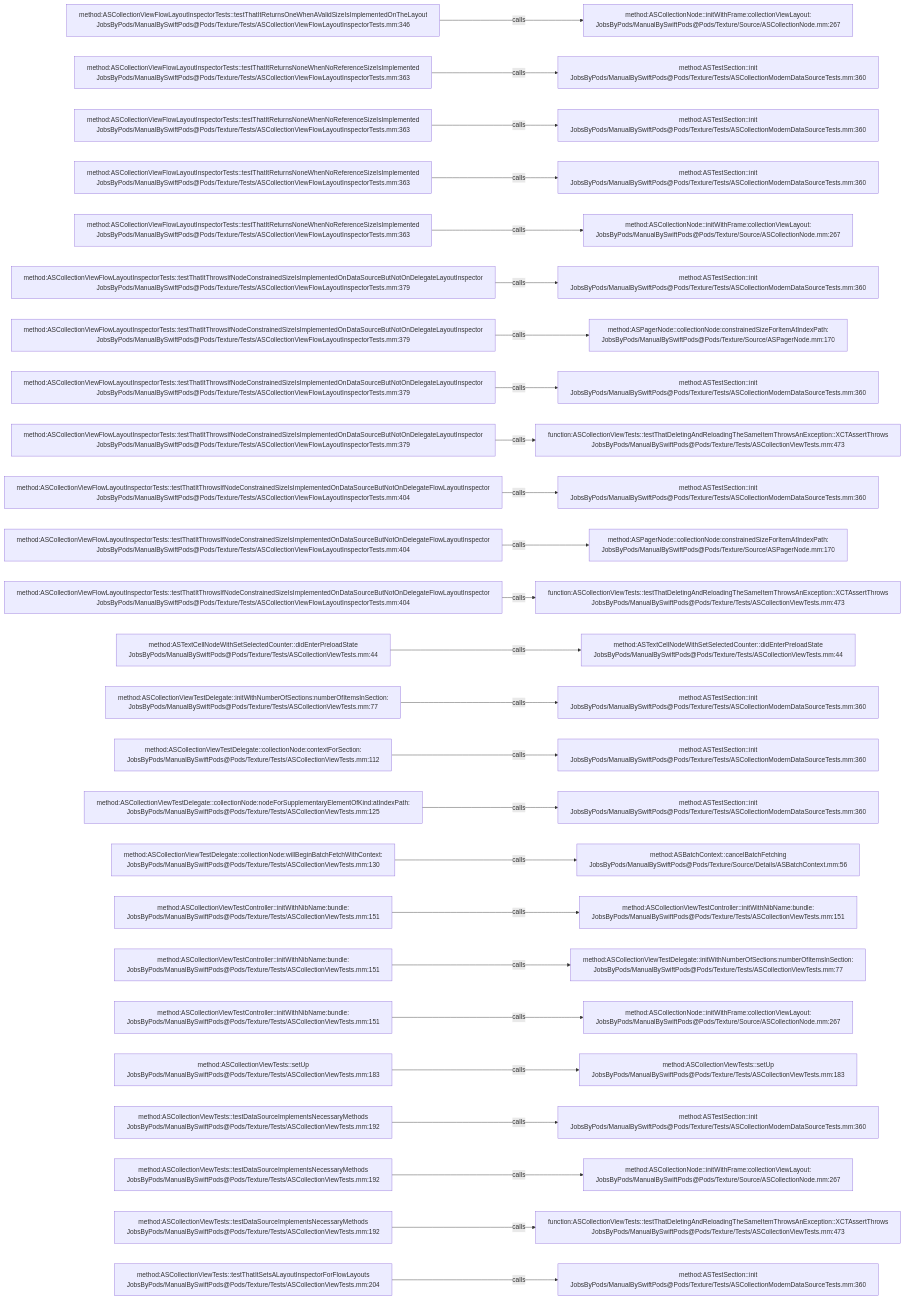
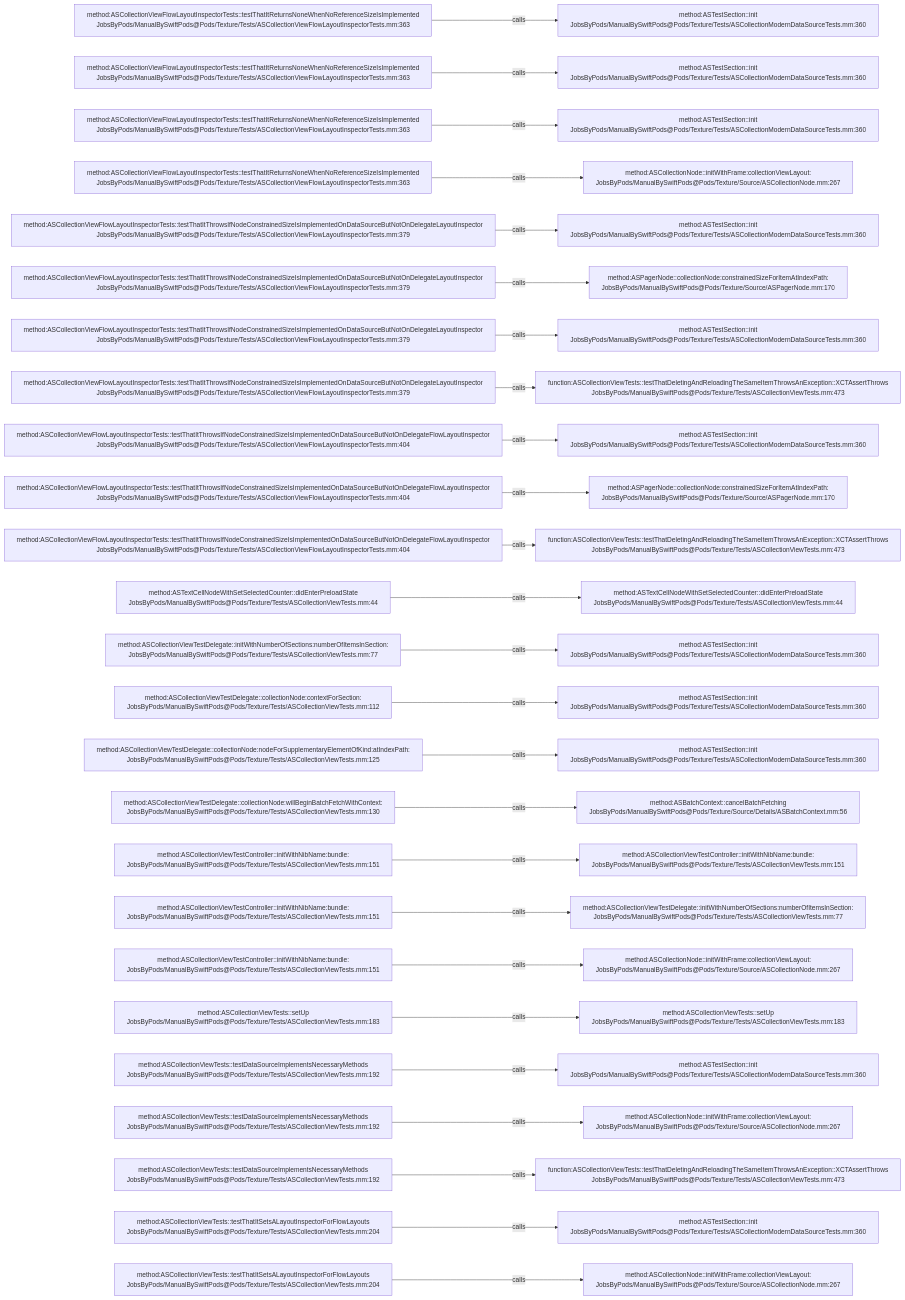
Before and after one commit to JobsKits/JobsSwiftBaseConfigDemo: the diagram in .codegraph/codegraph.md/graphs/calls-170.md, drawn with Mermaid. The commit also changed 747 other files, not shown here.

````diff
--- a/.codegraph/codegraph.md/graphs/calls-170.md
+++ b/.codegraph/codegraph.md/graphs/calls-170.md
@@ -13,78 +13,78 @@
 ```mermaid
 flowchart LR
-  S1["method:ASCollectionViewFlowLayoutInspectorTests::testThatItReturnsOneWhenAValidSizeIsImplementedOnTheLayout<br/>JobsByPods/ManualBySwiftPods@Pods/Texture/Tests/ASCollectionViewFlowLayoutInspectorTests.mm:346"]
-  T1["method:ASCollectionNode::initWithFrame:collectionViewLayout:<br/>JobsByPods/ManualBySwiftPods@Pods/Texture/Source/ASCollectionNode.mm:267"]
+  S1["method:ASCollectionViewFlowLayoutInspectorTests::testThatItReturnsNoneWhenNoReferenceSizeIsImplemented<br/>JobsByPods/ManualBySwiftPods@Pods/Texture/Tests/ASCollectionViewFlowLayoutInspectorTests.mm:363"]
+  T1["method:ASTestSection::init<br/>JobsByPods/ManualBySwiftPods@Pods/Texture/Tests/ASCollectionModernDataSourceTests.mm:360"]
   S1 -->|calls| T1
   S2["method:ASCollectionViewFlowLayoutInspectorTests::testThatItReturnsNoneWhenNoReferenceSizeIsImplemented<br/>JobsByPods/ManualBySwiftPods@Pods/Texture/Tests/ASCollectionViewFlowLayoutInspectorTests.mm:363"]
   T2["method:ASTestSection::init<br/>JobsByPods/ManualBySwiftPods@Pods/Texture/Tests/ASCollectionModernDataSourceTests.mm:360"]
   S2 -->|calls| T2
   S3["method:ASCollectionViewFlowLayoutInspectorTests::testThatItReturnsNoneWhenNoReferenceSizeIsImplemented<br/>JobsByPods/ManualBySwiftPods@Pods/Texture/Tests/ASCollectionViewFlowLayoutInspectorTests.mm:363"]
   T3["method:ASTestSection::init<br/>JobsByPods/ManualBySwiftPods@Pods/Texture/Tests/ASCollectionModernDataSourceTests.mm:360"]
   S3 -->|calls| T3
   S4["method:ASCollectionViewFlowLayoutInspectorTests::testThatItReturnsNoneWhenNoReferenceSizeIsImplemented<br/>JobsByPods/ManualBySwiftPods@Pods/Texture/Tests/ASCollectionViewFlowLayoutInspectorTests.mm:363"]
-  T4["method:ASTestSection::init<br/>JobsByPods/ManualBySwiftPods@Pods/Texture/Tests/ASCollectionModernDataSourceTests.mm:360"]
+  T4["method:ASCollectionNode::initWithFrame:collectionViewLayout:<br/>JobsByPods/ManualBySwiftPods@Pods/Texture/Source/ASCollectionNode.mm:267"]
   S4 -->|calls| T4
-  S5["method:ASCollectionViewFlowLayoutInspectorTests::testThatItReturnsNoneWhenNoReferenceSizeIsImplemented<br/>JobsByPods/ManualBySwiftPods@Pods/Texture/Tests/ASCollectionViewFlowLayoutInspectorTests.mm:363"]
-  T5["method:ASCollectionNode::initWithFrame:collectionViewLayout:<br/>JobsByPods/ManualBySwiftPods@Pods/Texture/Source/ASCollectionNode.mm:267"]
+  S5["method:ASCollectionViewFlowLayoutInspectorTests::testThatItThrowsIfNodeConstrainedSizeIsImplementedOnDataSourceButNotOnDelegateLayoutInspector<br/>JobsByPods/ManualBySwiftPods@Pods/Texture/Tests/ASCollectionViewFlowLayoutInspectorTests.mm:379"]
+  T5["method:ASTestSection::init<br/>JobsByPods/ManualBySwiftPods@Pods/Texture/Tests/ASCollectionModernDataSourceTests.mm:360"]
   S5 -->|calls| T5
   S6["method:ASCollectionViewFlowLayoutInspectorTests::testThatItThrowsIfNodeConstrainedSizeIsImplementedOnDataSourceButNotOnDelegateLayoutInspector<br/>JobsByPods/ManualBySwiftPods@Pods/Texture/Tests/ASCollectionViewFlowLayoutInspectorTests.mm:379"]
-  T6["method:ASTestSection::init<br/>JobsByPods/ManualBySwiftPods@Pods/Texture/Tests/ASCollectionModernDataSourceTests.mm:360"]
+  T6["method:ASPagerNode::collectionNode:constrainedSizeForItemAtIndexPath:<br/>JobsByPods/ManualBySwiftPods@Pods/Texture/Source/ASPagerNode.mm:170"]
   S6 -->|calls| T6
   S7["method:ASCollectionViewFlowLayoutInspectorTests::testThatItThrowsIfNodeConstrainedSizeIsImplementedOnDataSourceButNotOnDelegateLayoutInspector<br/>JobsByPods/ManualBySwiftPods@Pods/Texture/Tests/ASCollectionViewFlowLayoutInspectorTests.mm:379"]
-  T7["method:ASPagerNode::collectionNode:constrainedSizeForItemAtIndexPath:<br/>JobsByPods/ManualBySwiftPods@Pods/Texture/Source/ASPagerNode.mm:170"]
+  T7["method:ASTestSection::init<br/>JobsByPods/ManualBySwiftPods@Pods/Texture/Tests/ASCollectionModernDataSourceTests.mm:360"]
   S7 -->|calls| T7
   S8["method:ASCollectionViewFlowLayoutInspectorTests::testThatItThrowsIfNodeConstrainedSizeIsImplementedOnDataSourceButNotOnDelegateLayoutInspector<br/>JobsByPods/ManualBySwiftPods@Pods/Texture/Tests/ASCollectionViewFlowLayoutInspectorTests.mm:379"]
-  T8["method:ASTestSection::init<br/>JobsByPods/ManualBySwiftPods@Pods/Texture/Tests/ASCollectionModernDataSourceTests.mm:360"]
+  T8["function:ASCollectionViewTests::testThatDeletingAndReloadingTheSameItemThrowsAnException::XCTAssertThrows<br/>JobsByPods/ManualBySwiftPods@Pods/Texture/Tests/ASCollectionViewTests.mm:473"]
   S8 -->|calls| T8
-  S9["method:ASCollectionViewFlowLayoutInspectorTests::testThatItThrowsIfNodeConstrainedSizeIsImplementedOnDataSourceButNotOnDelegateLayoutInspector<br/>JobsByPods/ManualBySwiftPods@Pods/Texture/Tests/ASCollectionViewFlowLayoutInspectorTests.mm:379"]
-  T9["function:ASCollectionViewTests::testThatDeletingAndReloadingTheSameItemThrowsAnException::XCTAssertThrows<br/>JobsByPods/ManualBySwiftPods@Pods/Texture/Tests/ASCollectionViewTests.mm:473"]
+  S9["method:ASCollectionViewFlowLayoutInspectorTests::testThatItThrowsIfNodeConstrainedSizeIsImplementedOnDataSourceButNotOnDelegateFlowLayoutInspector<br/>JobsByPods/ManualBySwiftPods@Pods/Texture/Tests/ASCollectionViewFlowLayoutInspectorTests.mm:404"]
+  T9["method:ASTestSection::init<br/>JobsByPods/ManualBySwiftPods@Pods/Texture/Tests/ASCollectionModernDataSourceTests.mm:360"]
   S9 -->|calls| T9
   S10["method:ASCollectionViewFlowLayoutInspectorTests::testThatItThrowsIfNodeConstrainedSizeIsImplementedOnDataSourceButNotOnDelegateFlowLayoutInspector<br/>JobsByPods/ManualBySwiftPods@Pods/Texture/Tests/ASCollectionViewFlowLayoutInspectorTests.mm:404"]
-  T10["method:ASTestSection::init<br/>JobsByPods/ManualBySwiftPods@Pods/Texture/Tests/ASCollectionModernDataSourceTests.mm:360"]
+  T10["method:ASPagerNode::collectionNode:constrainedSizeForItemAtIndexPath:<br/>JobsByPods/ManualBySwiftPods@Pods/Texture/Source/ASPagerNode.mm:170"]
   S10 -->|calls| T10
   S11["method:ASCollectionViewFlowLayoutInspectorTests::testThatItThrowsIfNodeConstrainedSizeIsImplementedOnDataSourceButNotOnDelegateFlowLayoutInspector<br/>JobsByPods/ManualBySwiftPods@Pods/Texture/Tests/ASCollectionViewFlowLayoutInspectorTests.mm:404"]
-  T11["method:ASPagerNode::collectionNode:constrainedSizeForItemAtIndexPath:<br/>JobsByPods/ManualBySwiftPods@Pods/Texture/Source/ASPagerNode.mm:170"]
+  T11["function:ASCollectionViewTests::testThatDeletingAndReloadingTheSameItemThrowsAnException::XCTAssertThrows<br/>JobsByPods/ManualBySwiftPods@Pods/Texture/Tests/ASCollectionViewTests.mm:473"]
   S11 -->|calls| T11
-  S12["method:ASCollectionViewFlowLayoutInspectorTests::testThatItThrowsIfNodeConstrainedSizeIsImplementedOnDataSourceButNotOnDelegateFlowLayoutInspector<br/>JobsByPods/ManualBySwiftPods@Pods/Texture/Tests/ASCollectionViewFlowLayoutInspectorTests.mm:404"]
-  T12["function:ASCollectionViewTests::testThatDeletingAndReloadingTheSameItemThrowsAnException::XCTAssertThrows<br/>JobsByPods/ManualBySwiftPods@Pods/Texture/Tests/ASCollectionViewTests.mm:473"]
+  S12["method:ASTextCellNodeWithSetSelectedCounter::didEnterPreloadState<br/>JobsByPods/ManualBySwiftPods@Pods/Texture/Tests/ASCollectionViewTests.mm:44"]
+  T12["method:ASTextCellNodeWithSetSelectedCounter::didEnterPreloadState<br/>JobsByPods/ManualBySwiftPods@Pods/Texture/Tests/ASCollectionViewTests.mm:44"]
   S12 -->|calls| T12
-  S13["method:ASTextCellNodeWithSetSelectedCounter::didEnterPreloadState<br/>JobsByPods/ManualBySwiftPods@Pods/Texture/Tests/ASCollectionViewTests.mm:44"]
-  T13["method:ASTextCellNodeWithSetSelectedCounter::didEnterPreloadState<br/>JobsByPods/ManualBySwiftPods@Pods/Texture/Tests/ASCollectionViewTests.mm:44"]
+  S13["method:ASCollectionViewTestDelegate::initWithNumberOfSections:numberOfItemsInSection:<br/>JobsByPods/ManualBySwiftPods@Pods/Texture/Tests/ASCollectionViewTests.mm:77"]
+  T13["method:ASTestSection::init<br/>JobsByPods/ManualBySwiftPods@Pods/Texture/Tests/ASCollectionModernDataSourceTests.mm:360"]
   S13 -->|calls| T13
-  S14["method:ASCollectionViewTestDelegate::initWithNumberOfSections:numberOfItemsInSection:<br/>JobsByPods/ManualBySwiftPods@Pods/Texture/Tests/ASCollectionViewTests.mm:77"]
+  S14["method:ASCollectionViewTestDelegate::collectionNode:contextForSection:<br/>JobsByPods/ManualBySwiftPods@Pods/Texture/Tests/ASCollectionViewTests.mm:112"]
   T14["method:ASTestSection::init<br/>JobsByPods/ManualBySwiftPods@Pods/Texture/Tests/ASCollectionModernDataSourceTests.mm:360"]
   S14 -->|calls| T14
-  S15["method:ASCollectionViewTestDelegate::collectionNode:contextForSection:<br/>JobsByPods/ManualBySwiftPods@Pods/Texture/Tests/ASCollectionViewTests.mm:112"]
+  S15["method:ASCollectionViewTestDelegate::collectionNode:nodeForSupplementaryElementOfKind:atIndexPath:<br/>JobsByPods/ManualBySwiftPods@Pods/Texture/Tests/ASCollectionViewTests.mm:125"]
   T15["method:ASTestSection::init<br/>JobsByPods/ManualBySwiftPods@Pods/Texture/Tests/ASCollectionModernDataSourceTests.mm:360"]
   S15 -->|calls| T15
-  S16["method:ASCollectionViewTestDelegate::collectionNode:nodeForSupplementaryElementOfKind:atIndexPath:<br/>JobsByPods/ManualBySwiftPods@Pods/Texture/Tests/ASCollectionViewTests.mm:125"]
-  T16["method:ASTestSection::init<br/>JobsByPods/ManualBySwiftPods@Pods/Texture/Tests/ASCollectionModernDataSourceTests.mm:360"]
+  S16["method:ASCollectionViewTestDelegate::collectionNode:willBeginBatchFetchWithContext:<br/>JobsByPods/ManualBySwiftPods@Pods/Texture/Tests/ASCollectionViewTests.mm:130"]
+  T16["method:ASBatchContext::cancelBatchFetching<br/>JobsByPods/ManualBySwiftPods@Pods/Texture/Source/Details/ASBatchContext.mm:56"]
   S16 -->|calls| T16
-  S17["method:ASCollectionViewTestDelegate::collectionNode:willBeginBatchFetchWithContext:<br/>JobsByPods/ManualBySwiftPods@Pods/Texture/Tests/ASCollectionViewTests.mm:130"]
-  T17["method:ASBatchContext::cancelBatchFetching<br/>JobsByPods/ManualBySwiftPods@Pods/Texture/Source/Details/ASBatchContext.mm:56"]
+  S17["method:ASCollectionViewTestController::initWithNibName:bundle:<br/>JobsByPods/ManualBySwiftPods@Pods/Texture/Tests/ASCollectionViewTests.mm:151"]
+  T17["method:ASCollectionViewTestController::initWithNibName:bundle:<br/>JobsByPods/ManualBySwiftPods@Pods/Texture/Tests/ASCollectionViewTests.mm:151"]
   S17 -->|calls| T17
   S18["method:ASCollectionViewTestController::initWithNibName:bundle:<br/>JobsByPods/ManualBySwiftPods@Pods/Texture/Tests/ASCollectionViewTests.mm:151"]
-  T18["method:ASCollectionViewTestController::initWithNibName:bundle:<br/>JobsByPods/ManualBySwiftPods@Pods/Texture/Tests/ASCollectionViewTests.mm:151"]
+  T18["method:ASCollectionViewTestDelegate::initWithNumberOfSections:numberOfItemsInSection:<br/>JobsByPods/ManualBySwiftPods@Pods/Texture/Tests/ASCollectionViewTests.mm:77"]
   S18 -->|calls| T18
   S19["method:ASCollectionViewTestController::initWithNibName:bundle:<br/>JobsByPods/ManualBySwiftPods@Pods/Texture/Tests/ASCollectionViewTests.mm:151"]
-  T19["method:ASCollectionViewTestDelegate::initWithNumberOfSections:numberOfItemsInSection:<br/>JobsByPods/ManualBySwiftPods@Pods/Texture/Tests/ASCollectionViewTests.mm:77"]
+  T19["method:ASCollectionNode::initWithFrame:collectionViewLayout:<br/>JobsByPods/ManualBySwiftPods@Pods/Texture/Source/ASCollectionNode.mm:267"]
   S19 -->|calls| T19
-  S20["method:ASCollectionViewTestController::initWithNibName:bundle:<br/>JobsByPods/ManualBySwiftPods@Pods/Texture/Tests/ASCollectionViewTests.mm:151"]
-  T20["method:ASCollectionNode::initWithFrame:collectionViewLayout:<br/>JobsByPods/ManualBySwiftPods@Pods/Texture/Source/ASCollectionNode.mm:267"]
+  S20["method:ASCollectionViewTests::setUp<br/>JobsByPods/ManualBySwiftPods@Pods/Texture/Tests/ASCollectionViewTests.mm:183"]
+  T20["method:ASCollectionViewTests::setUp<br/>JobsByPods/ManualBySwiftPods@Pods/Texture/Tests/ASCollectionViewTests.mm:183"]
   S20 -->|calls| T20
-  S21["method:ASCollectionViewTests::setUp<br/>JobsByPods/ManualBySwiftPods@Pods/Texture/Tests/ASCollectionViewTests.mm:183"]
-  T21["method:ASCollectionViewTests::setUp<br/>JobsByPods/ManualBySwiftPods@Pods/Texture/Tests/ASCollectionViewTests.mm:183"]
+  S21["method:ASCollectionViewTests::testDataSourceImplementsNecessaryMethods<br/>JobsByPods/ManualBySwiftPods@Pods/Texture/Tests/ASCollectionViewTests.mm:192"]
+  T21["method:ASTestSection::init<br/>JobsByPods/ManualBySwiftPods@Pods/Texture/Tests/ASCollectionModernDataSourceTests.mm:360"]
   S21 -->|calls| T21
   S22["method:ASCollectionViewTests::testDataSourceImplementsNecessaryMethods<br/>JobsByPods/ManualBySwiftPods@Pods/Texture/Tests/ASCollectionViewTests.mm:192"]
-  T22["method:ASTestSection::init<br/>JobsByPods/ManualBySwiftPods@Pods/Texture/Tests/ASCollectionModernDataSourceTests.mm:360"]
+  T22["method:ASCollectionNode::initWithFrame:collectionViewLayout:<br/>JobsByPods/ManualBySwiftPods@Pods/Texture/Source/ASCollectionNode.mm:267"]
   S22 -->|calls| T22
   S23["method:ASCollectionViewTests::testDataSourceImplementsNecessaryMethods<br/>JobsByPods/ManualBySwiftPods@Pods/Texture/Tests/ASCollectionViewTests.mm:192"]
-  T23["method:ASCollectionNode::initWithFrame:collectionViewLayout:<br/>JobsByPods/ManualBySwiftPods@Pods/Texture/Source/ASCollectionNode.mm:267"]
+  T23["function:ASCollectionViewTests::testThatDeletingAndReloadingTheSameItemThrowsAnException::XCTAssertThrows<br/>JobsByPods/ManualBySwiftPods@Pods/Texture/Tests/ASCollectionViewTests.mm:473"]
   S23 -->|calls| T23
-  S24["method:ASCollectionViewTests::testDataSourceImplementsNecessaryMethods<br/>JobsByPods/ManualBySwiftPods@Pods/Texture/Tests/ASCollectionViewTests.mm:192"]
-  T24["function:ASCollectionViewTests::testThatDeletingAndReloadingTheSameItemThrowsAnException::XCTAssertThrows<br/>JobsByPods/ManualBySwiftPods@Pods/Texture/Tests/ASCollectionViewTests.mm:473"]
+  S24["method:ASCollectionViewTests::testThatItSetsALayoutInspectorForFlowLayouts<br/>JobsByPods/ManualBySwiftPods@Pods/Texture/Tests/ASCollectionViewTests.mm:204"]
+  T24["method:ASTestSection::init<br/>JobsByPods/ManualBySwiftPods@Pods/Texture/Tests/ASCollectionModernDataSourceTests.mm:360"]
   S24 -->|calls| T24
   S25["method:ASCollectionViewTests::testThatItSetsALayoutInspectorForFlowLayouts<br/>JobsByPods/ManualBySwiftPods@Pods/Texture/Tests/ASCollectionViewTests.mm:204"]
-  T25["method:ASTestSection::init<br/>JobsByPods/ManualBySwiftPods@Pods/Texture/Tests/ASCollectionModernDataSourceTests.mm:360"]
+  T25["method:ASCollectionNode::initWithFrame:collectionViewLayout:<br/>JobsByPods/ManualBySwiftPods@Pods/Texture/Source/ASCollectionNode.mm:267"]
   S25 -->|calls| T25
 ```
````
